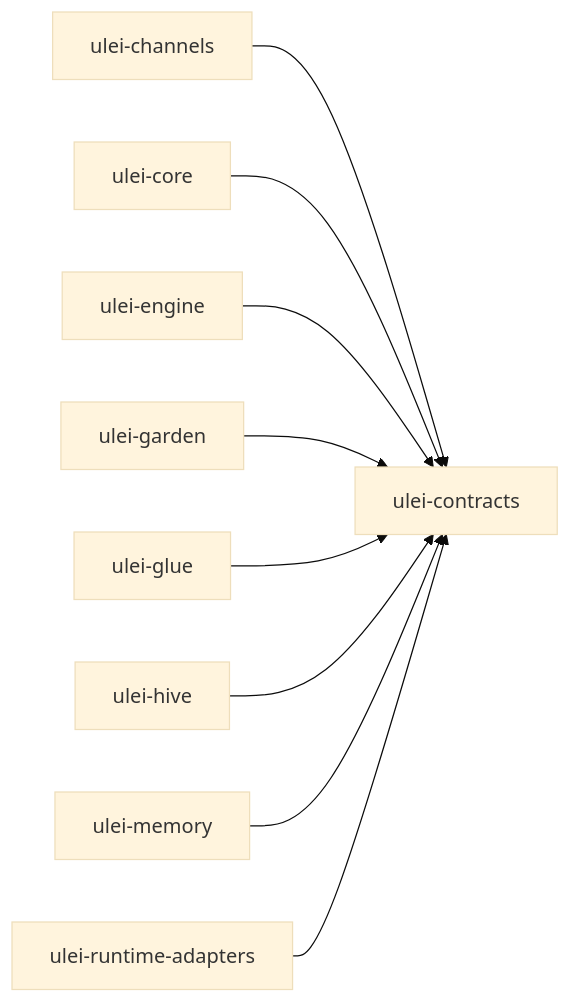
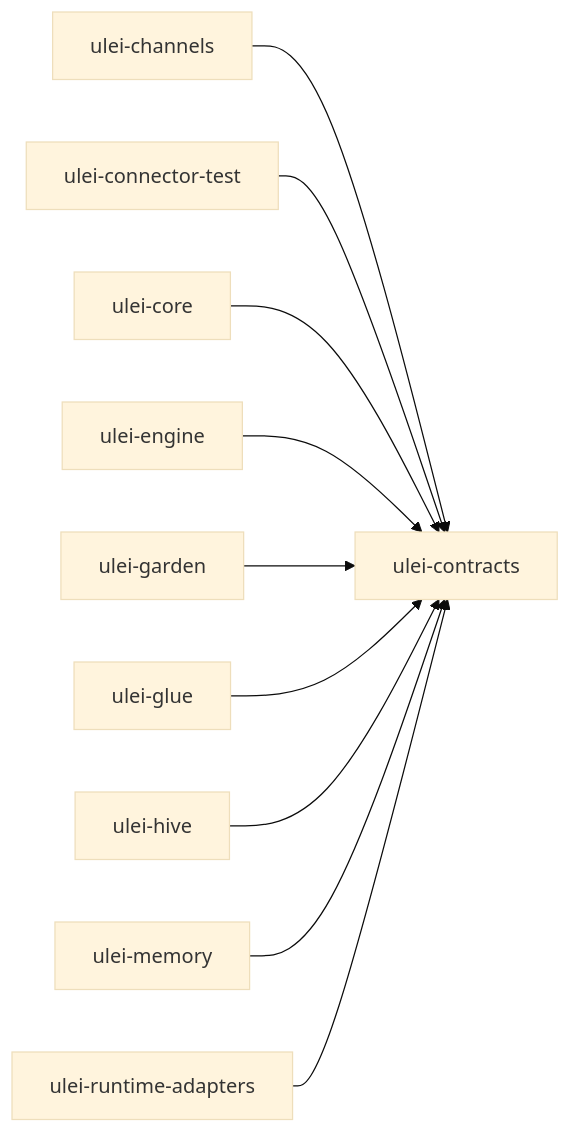
Before and after one commit to pasekahq/ulei: the diagram in docs/architecture/module-map.md, drawn with Mermaid (base theme). The commit also changed other lines of this file and 9 other files, not shown here.

Commit message:
Add the stdio test connector ulei-connector-test: synthetic items after its cursor, a checkpoint after each, the SHA-256 of its key file (ADR-0056 card 2)

````diff
--- a/docs/architecture/module-map.md
+++ b/docs/architecture/module-map.md
@@ -23,20 +24,22 @@
 ```mermaid
 graph LR
   ulei_channels["ulei-channels"]
+  ulei_connector_test["ulei-connector-test"]
   ulei_contracts["ulei-contracts"]
   ulei_core["ulei-core"]
   ulei_engine["ulei-engine"]
   ulei_garden["ulei-garden"]
   ulei_glue["ulei-glue"]
   ulei_hive["ulei-hive"]
   ulei_memory["ulei-memory"]
   ulei_runtime_adapters["ulei-runtime-adapters"]
   ulei_channels --> ulei_contracts
+  ulei_connector_test --> ulei_contracts
   ulei_core --> ulei_contracts
   ulei_engine --> ulei_contracts
   ulei_garden --> ulei_contracts
   ulei_glue --> ulei_contracts
   ulei_hive --> ulei_contracts
   ulei_memory --> ulei_contracts
   ulei_runtime_adapters --> ulei_contracts
 ```
````
